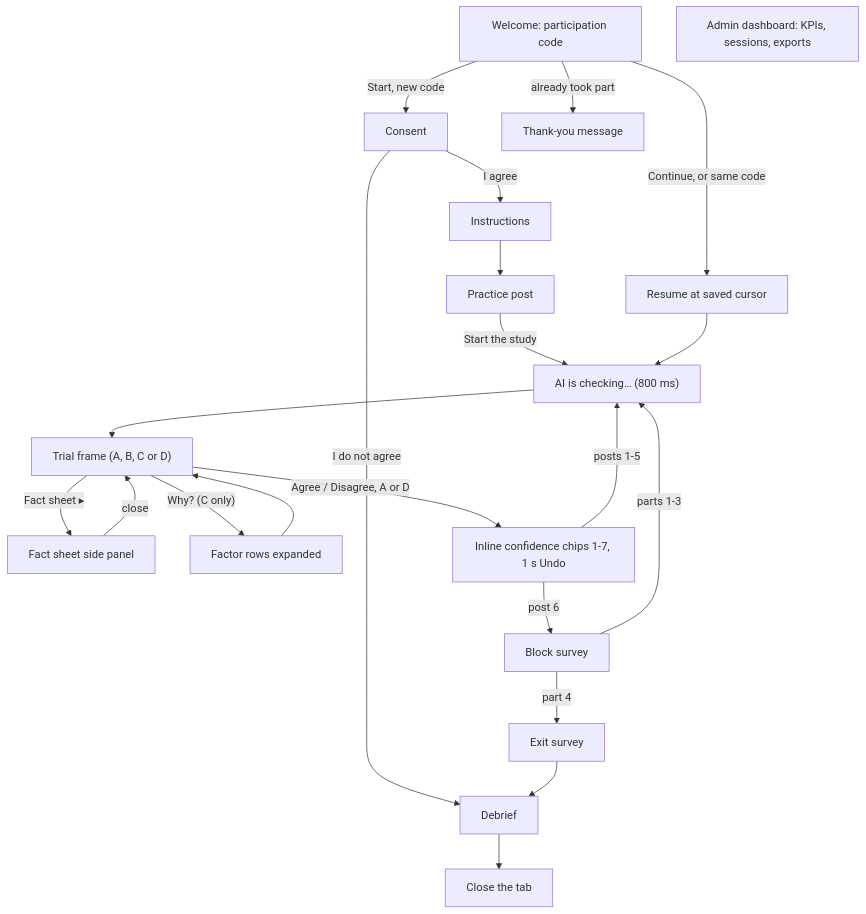
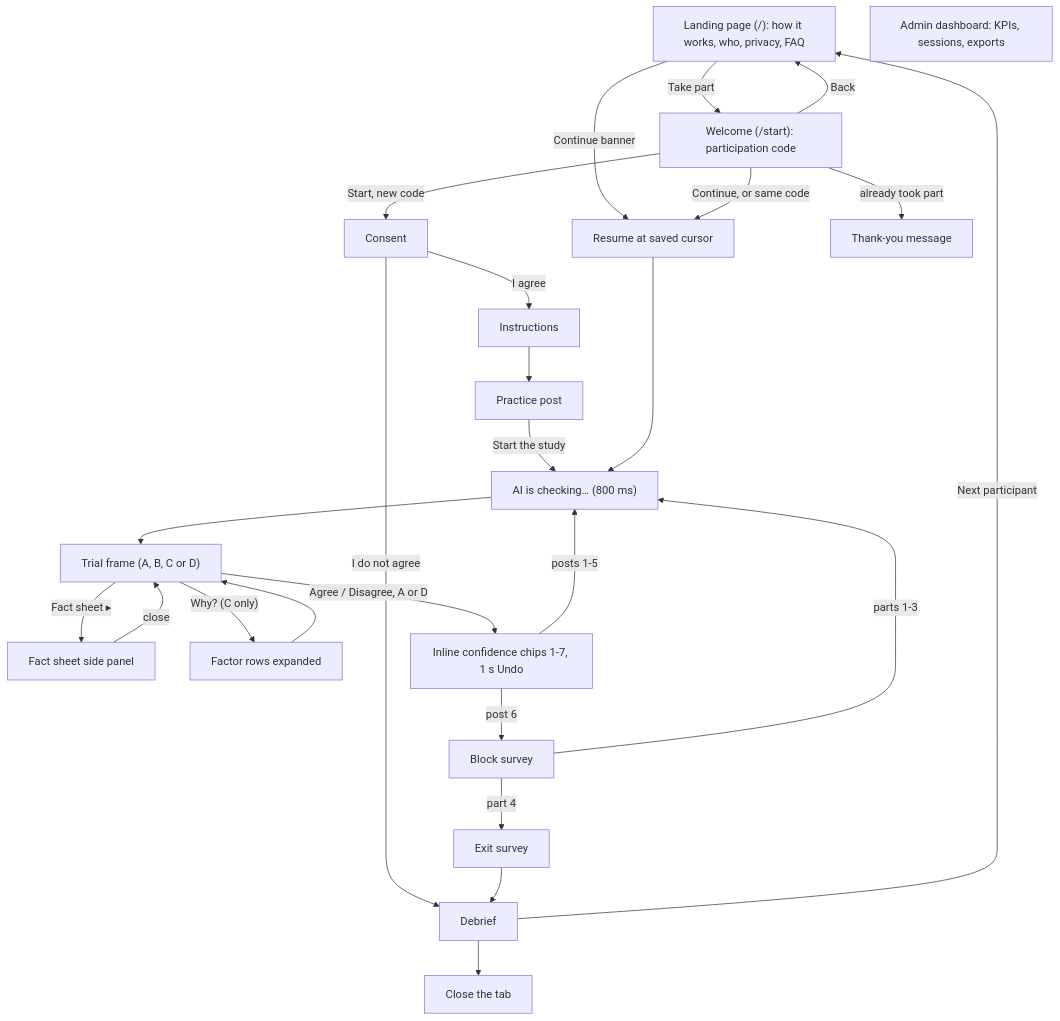
Before and after one commit to bibekgupta3333/HCI: the diagram in docs/wireframes.md, drawn with Mermaid. The commit also changed other lines of this file and 30 other files, not shown here.

````diff
--- a/docs/wireframes.md
+++ b/docs/wireframes.md
@@ -586,24 +692,28 @@
 ```mermaid
 flowchart TD
-    Welcome["Welcome: participation code"] -->|"Start, new code"| Consent
-    Welcome -->|"Continue, or same code"| Resume["Resume at saved cursor"]
+    Landing["Landing page (/): how it works, who, privacy, FAQ"] -->|"Take part"| Welcome["Welcome (/start): participation code"]
+    Landing -->|"Continue banner"| Resume["Resume at saved cursor"]
+    Welcome -->|"Back"| Landing
+    Welcome -->|"Start, new code"| Consent
+    Welcome -->|"Continue, or same code"| Resume
     Welcome -->|"already took part"| Thanks["Thank-you message"]
     Consent -->|"I do not agree"| Debrief
     Consent -->|"I agree"| Instr["Instructions"]
     Instr --> Practice["Practice post"]
     Practice -->|"Start the study"| Checking["AI is checking… (800 ms)"]
     Checking --> Trial["Trial frame (A, B, C or D)"]
     Trial -->|"Fact sheet ▸"| Fact["Fact sheet side panel"]
     Fact -->|"close"| Trial
     Trial -->|"Why? (C only)"| Factors["Factor rows expanded"]
     Factors --> Trial
     Trial -->|"Agree / Disagree, A or D"| Conf["Inline confidence chips 1-7, 1 s Undo"]
     Conf -->|"posts 1-5"| Checking
     Conf -->|"post 6"| Survey["Block survey"]
     Survey -->|"parts 1-3"| Checking
     Survey -->|"part 4"| Exit["Exit survey"]
     Exit --> Debrief
     Resume --> Checking
+    Debrief -->|"Next participant"| Landing
     Debrief --> End["Close the tab"]
     Admin["Admin dashboard: KPIs, sessions, exports"]
 ```
````
